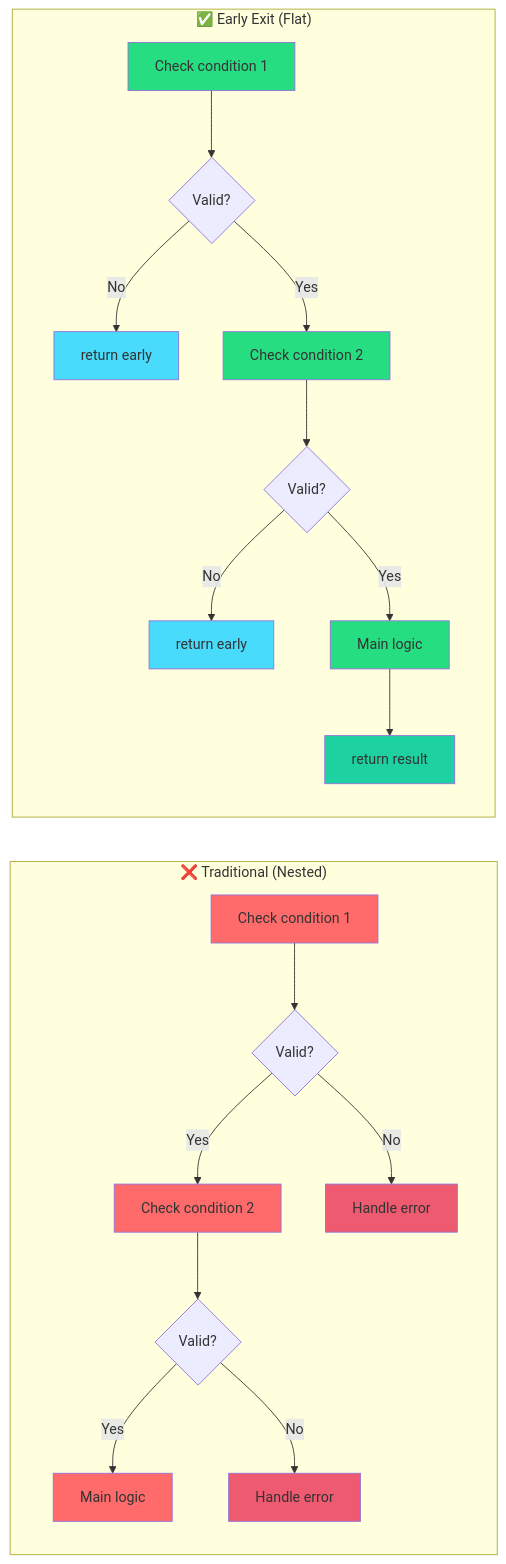
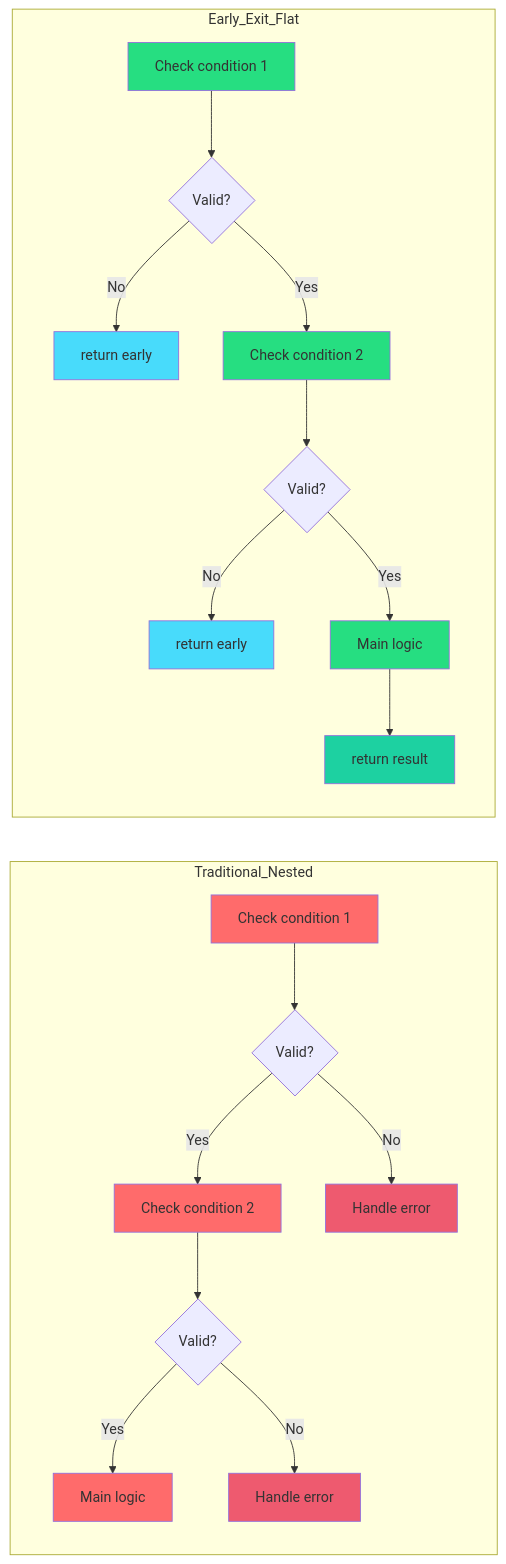
Before and after one commit to IAFahim/data-oriented-design-standards: the second of 8 diagrams in 02-early-exit-pattern.md, drawn with Mermaid. The commit also changed other lines of this file and 1 other file, not shown here.

````diff
--- a/02-early-exit-pattern.md
+++ b/02-early-exit-pattern.md
@@ -101,34 +101,36 @@
 ```mermaid
 graph LR
-    subgraph "❌ Traditional (Nested)"
+    subgraph Traditional_Nested
+        direction TB
         T1[Check condition 1] --> T2{Valid?}
         T2 -->|Yes| T3[Check condition 2]
         T2 -->|No| TE1[Handle error]
         T3 --> T4{Valid?}
         T4 -->|Yes| T5[Main logic]
         T4 -->|No| TE2[Handle error]
     end
     
-    subgraph "✅ Early Exit (Flat)"
+    subgraph Early_Exit_Flat
+        direction TB
         E1[Check condition 1] --> E2{Valid?}
         E2 -->|No| EE1[return early]
         E2 -->|Yes| E3[Check condition 2]
         E3 --> E4{Valid?}
         E4 -->|No| EE2[return early]
         E4 -->|Yes| E5[Main logic]
         E5 --> ER[return result]
     end
     
     style T1 fill:#ff6b6b
     style T3 fill:#ff6b6b
     style T5 fill:#ff6b6b
     style TE1 fill:#ee5a6f
     style TE2 fill:#ee5a6f
     
     style E1 fill:#26de81
     style E3 fill:#26de81
     style E5 fill:#26de81
     style EE1 fill:#48dbfb
     style EE2 fill:#48dbfb
     style ER fill:#1dd1a1
 ```
````
